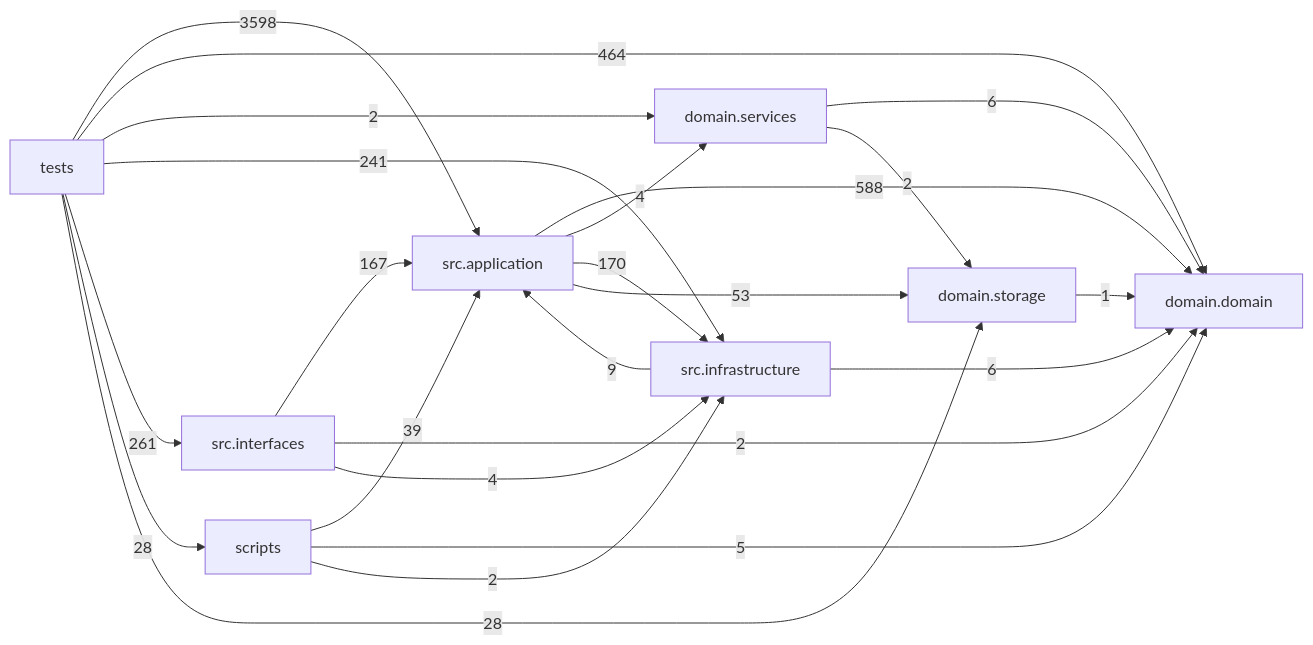
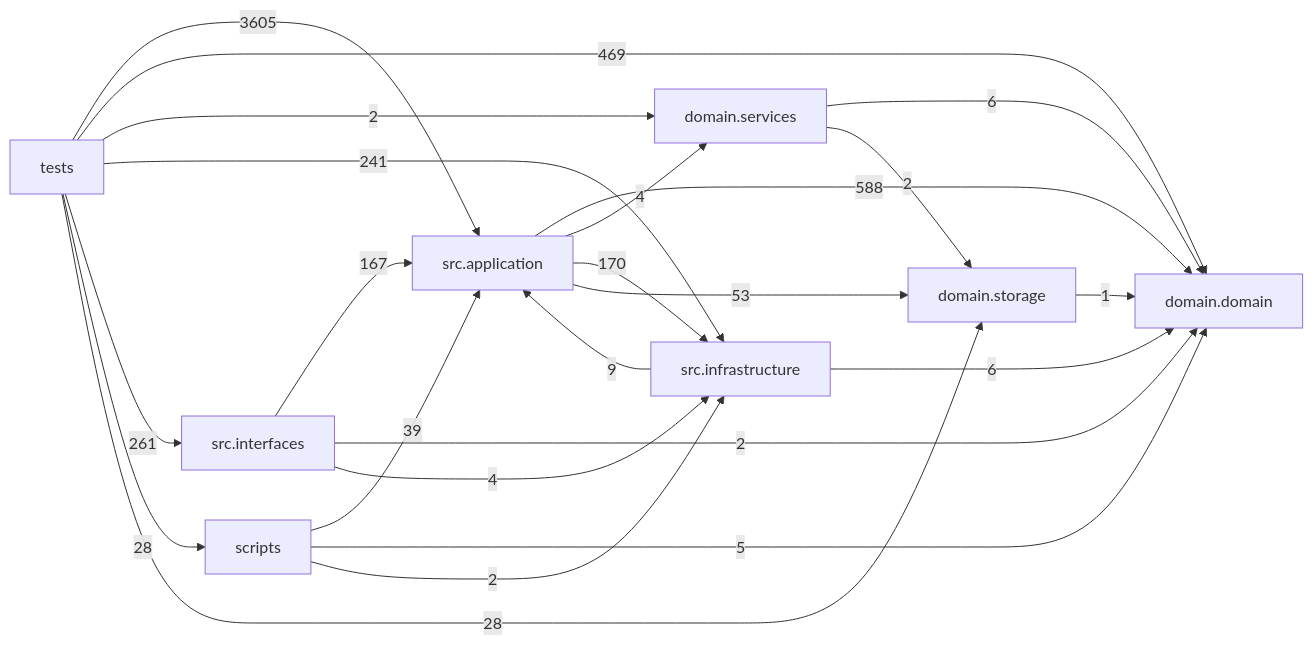
The diagram in docs/DEPENDENCY_GRAPH.md (liuxie066/options-monitor), drawn with Mermaid before and after one commit. The commit also changed other lines of this file and 9 other files, not shown here.

````diff
--- a/docs/DEPENDENCY_GRAPH.md
+++ b/docs/DEPENDENCY_GRAPH.md
@@ -24,33 +24,33 @@
 ```mermaid
 flowchart LR
   tests["tests"]
   scripts["scripts"]
   interfaces["src.interfaces"]
   application["src.application"]
   infrastructure["src.infrastructure"]
   domain_services["domain.services"]
   domain["domain.domain"]
   storage["domain.storage"]
   application -->|588| domain
   application -->|4| domain_services
   application -->|170| infrastructure
   application -->|53| storage
   domain_services -->|6| domain
   domain_services -->|2| storage
   infrastructure -->|9| application
   infrastructure -->|6| domain
   interfaces -->|167| application
   interfaces -->|2| domain
   interfaces -->|4| infrastructure
   scripts -->|39| application
   scripts -->|5| domain
   scripts -->|2| infrastructure
   storage -->|1| domain
-  tests -->|3598| application
-  tests -->|464| domain
+  tests -->|3605| application
+  tests -->|469| domain
   tests -->|2| domain_services
   tests -->|241| infrastructure
   tests -->|261| interfaces
   tests -->|28| scripts
   tests -->|28| storage
 ```
````
